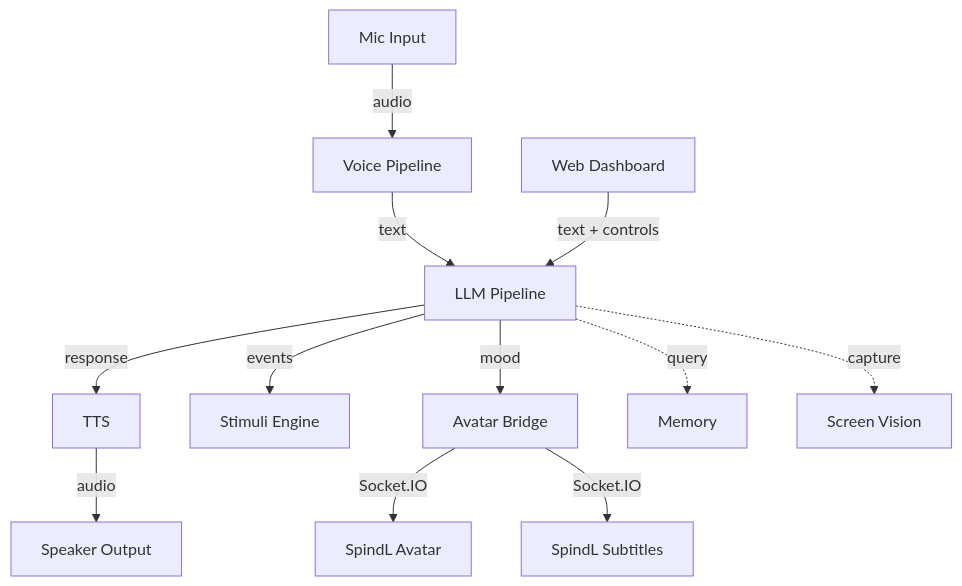
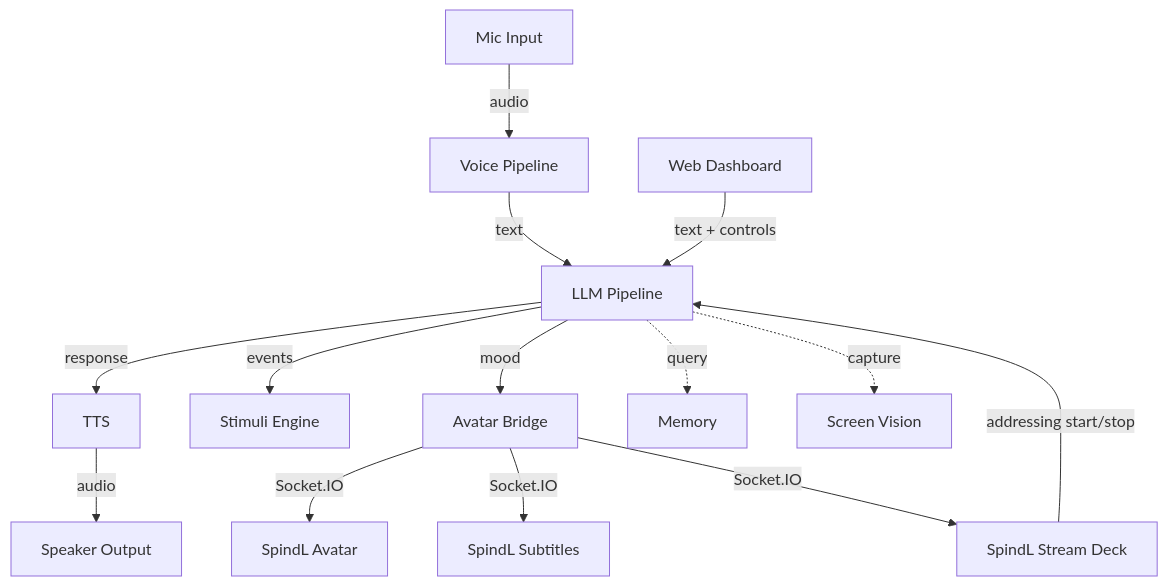
The diagram in README.md (JChan2787/spindl), drawn with Mermaid before and after one commit. The commit also changed other lines of this file and 2 other files, not shown here.

First line of the commit message:
docs: add Stream Deck, addressing-others, and Cargo workspace to README, AGENTS, USAGE

````diff
--- a/README.md
+++ b/README.md
@@ -30,14 +31,16 @@
 ```mermaid
 flowchart TD
     A[Mic Input] -->|audio| B[Voice Pipeline]
     B -->|text| C[LLM Pipeline]
     C -->|response| D[TTS]
     D -->|audio| E[Speaker Output]
     C -->|events| F[Stimuli Engine]
     C -->|mood| G[Avatar Bridge]
     G -->|Socket.IO| H[SpindL Avatar]
     G -->|Socket.IO| I[SpindL Subtitles]
+    G -->|Socket.IO| M[SpindL Stream Deck]
     J[Web Dashboard] -->|"text + controls"| C
+    M -->|"addressing start/stop"| C
     C -.->|query| K[Memory]
     C -.->|capture| L[Screen Vision]
 ```
````
